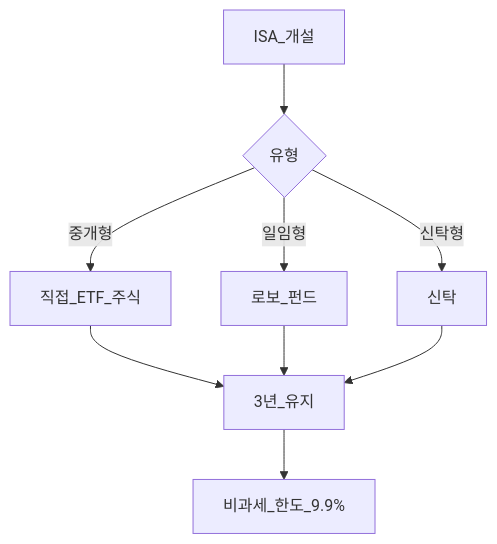
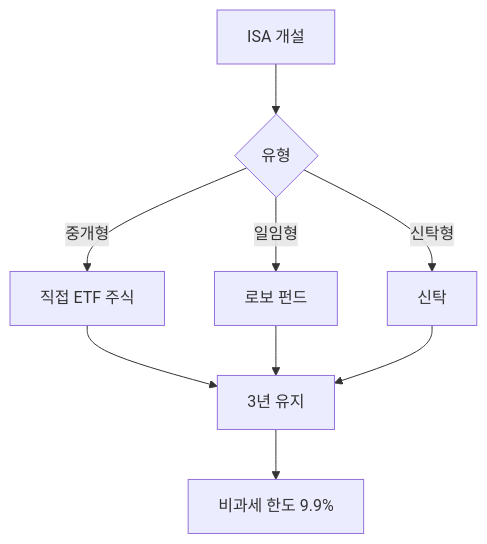
The first of 3 diagrams in 06-korea-policy/isa.md (goldanghenry/Finances), drawn with Mermaid before and after one commit. The commit also changed other lines of this file and 211 other files, not shown here.

````diff
--- a/06-korea-policy/isa.md
+++ b/06-korea-policy/isa.md
@@ -105,11 +115,11 @@
 ```mermaid
 flowchart TD
-  Open[ISA_개설] --> Type{유형}
-  Type -->|중개형| Trade[직접_ETF_주식]
-  Type -->|일임형| Robo[로보_펀드]
+  Open["ISA 개설"] --> Type{유형}
+  Type -->|중개형| Trade["직접 ETF 주식"]
+  Type -->|일임형| Robo["로보 펀드"]
   Type -->|신탁형| Trust[신탁]
-  Trade --> Hold[3년_유지]
+  Trade --> Hold["3년 유지"]
   Robo --> Hold
   Trust --> Hold
-  Hold --> Tax[비과세_한도_9.9%]
+  Hold --> Tax["비과세 한도 9.9%"]
 ```
````
